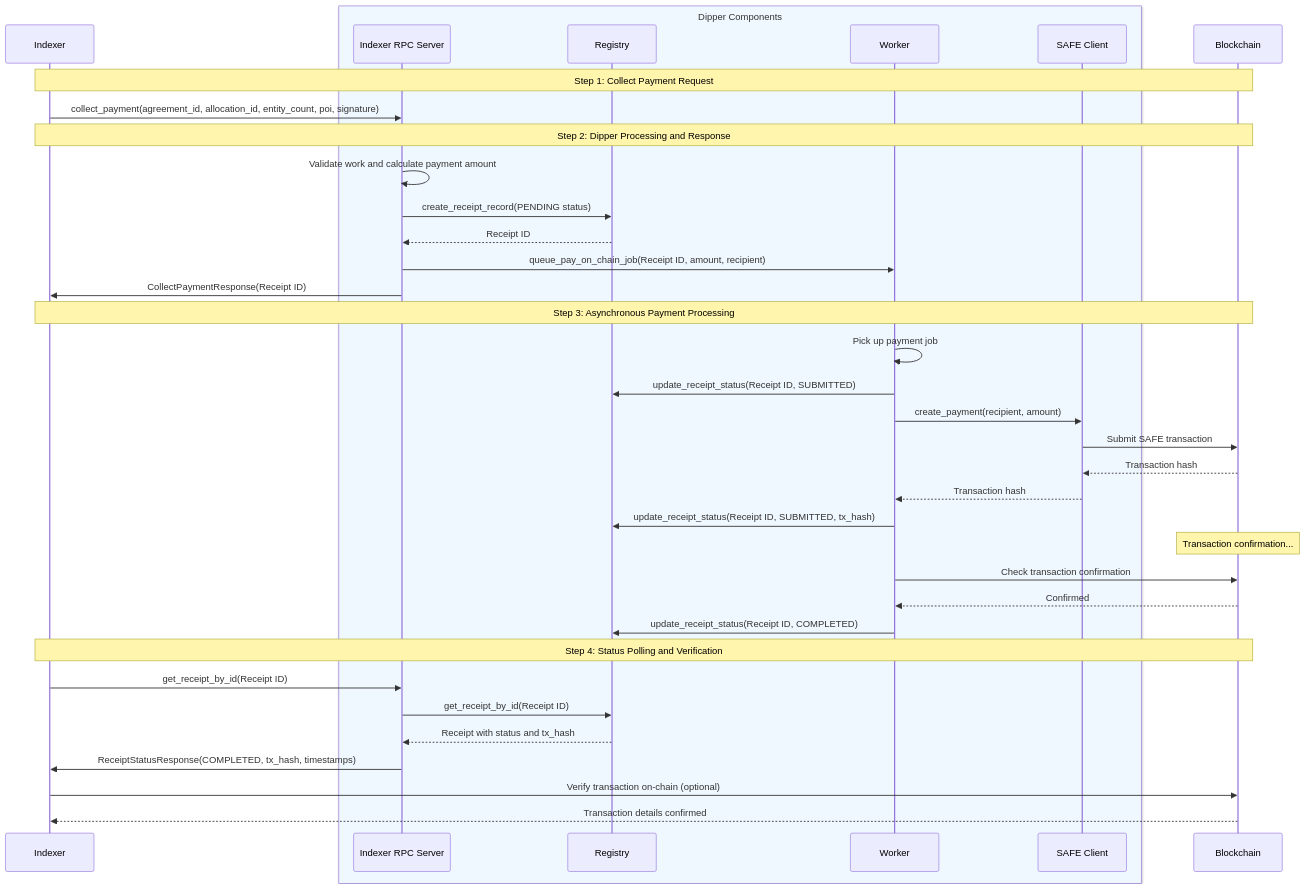
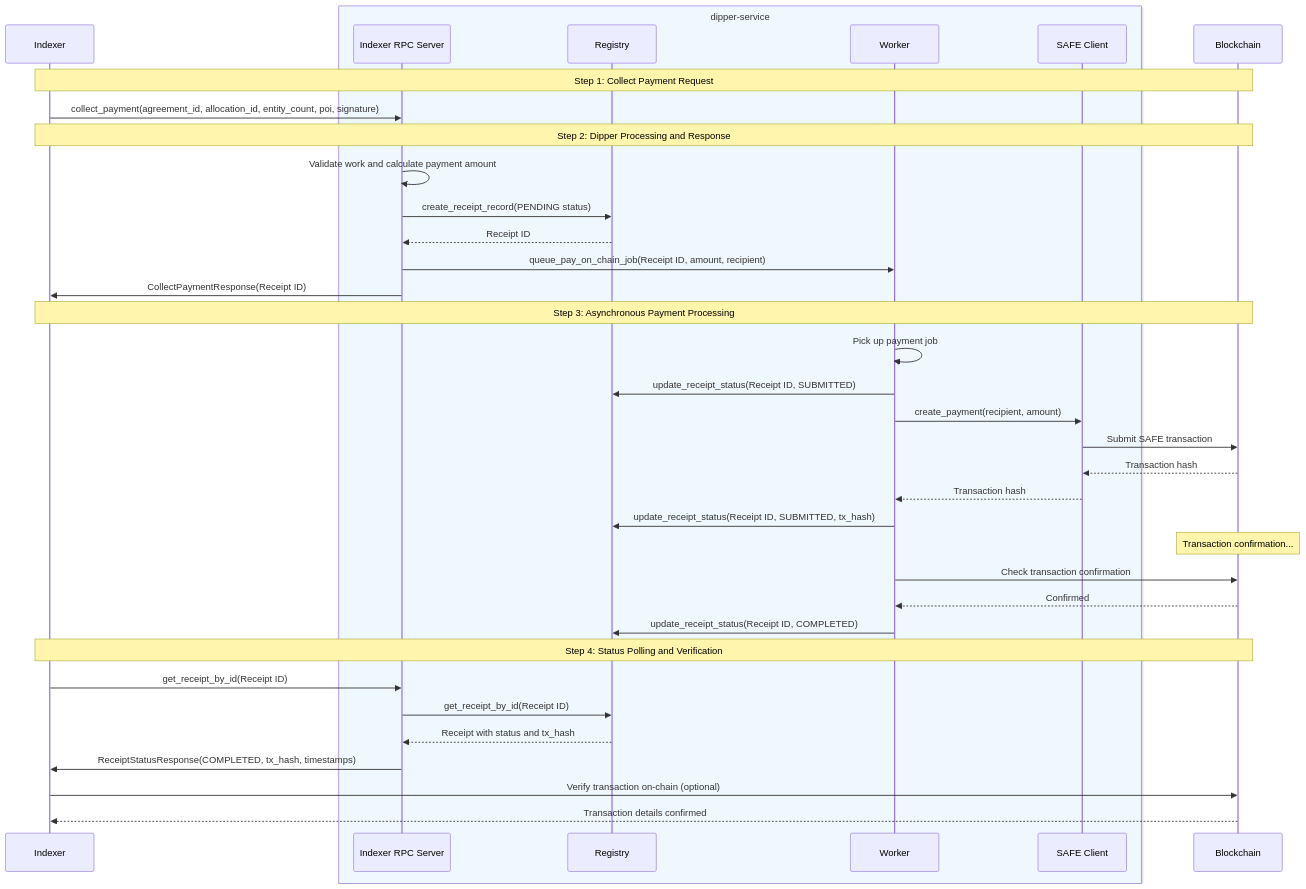
One commit to edgeandnode/dipper changed the second of 2 diagrams in docs/rfcs/001-on-chain-safe-payments.md. Above: the diagram before and after it, drawn with Mermaid.

Commit message:
docs(rfc): update sequence diagram component name for consistency
- Changed "Dipper Components" to "dipper-service" in the sequence diagram to ensure consistency with the updated terminology used in the documentation.

````diff
--- a/docs/rfcs/001-on-chain-safe-payments.md
+++ b/docs/rfcs/001-on-chain-safe-payments.md
@@ -176,45 +176,45 @@
 ```mermaid
 sequenceDiagram
     participant I as Indexer
-    box rgb(240, 248, 255) Dipper Components
+    box rgb(240, 248, 255) dipper-service
         participant D as Indexer RPC Server
         participant R as Registry
         participant W as Worker
         participant S as SAFE Client
     end
     participant B as Blockchain
 
     Note over I,B: Step 1: Collect Payment Request
     I->>D: collect_payment(agreement_id, allocation_id, entity_count, poi, signature)
     
     Note over I,B: Step 2: Dipper Processing and Response
     D->>D: Validate work and calculate payment amount
     D->>R: create_receipt_record(PENDING status)
     R-->>D: Receipt ID
     D->>W: queue_pay_on_chain_job(Receipt ID, amount, recipient)
     D->>I: CollectPaymentResponse(Receipt ID)
     
     Note over I,B: Step 3: Asynchronous Payment Processing
     W->>W: Pick up payment job
     W->>R: update_receipt_status(Receipt ID, SUBMITTED)
     W->>S: create_payment(recipient, amount)
     S->>B: Submit SAFE transaction
     B-->>S: Transaction hash
     S-->>W: Transaction hash
     W->>R: update_receipt_status(Receipt ID, SUBMITTED, tx_hash)
     
     Note over B: Transaction confirmation...
     
     W->>B: Check transaction confirmation
     B-->>W: Confirmed
     W->>R: update_receipt_status(Receipt ID, COMPLETED)
     
     Note over I,B: Step 4: Status Polling and Verification
     I->>D: get_receipt_by_id(Receipt ID)
     D->>R: get_receipt_by_id(Receipt ID)
     R-->>D: Receipt with status and tx_hash
     D->>I: ReceiptStatusResponse(COMPLETED, tx_hash, timestamps)
     
     I->>B: Verify transaction on-chain (optional)
     B-->>I: Transaction details confirmed
 ```
````
